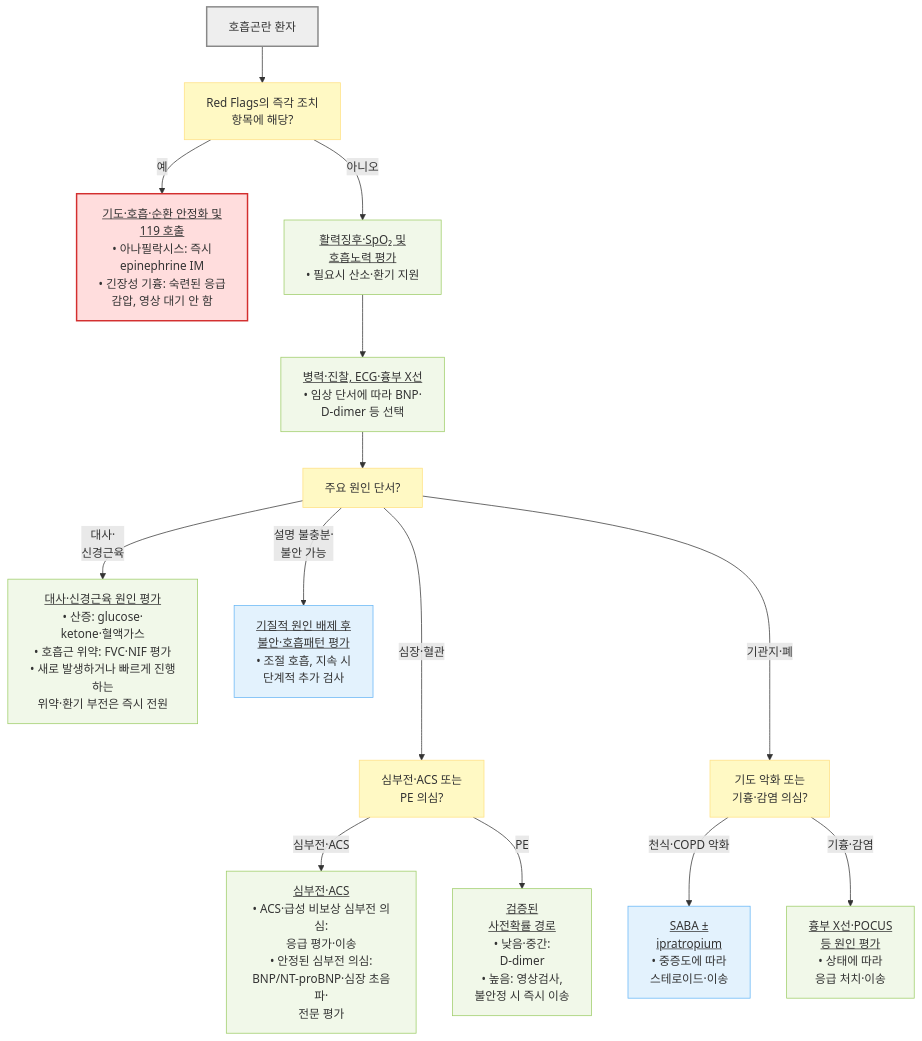
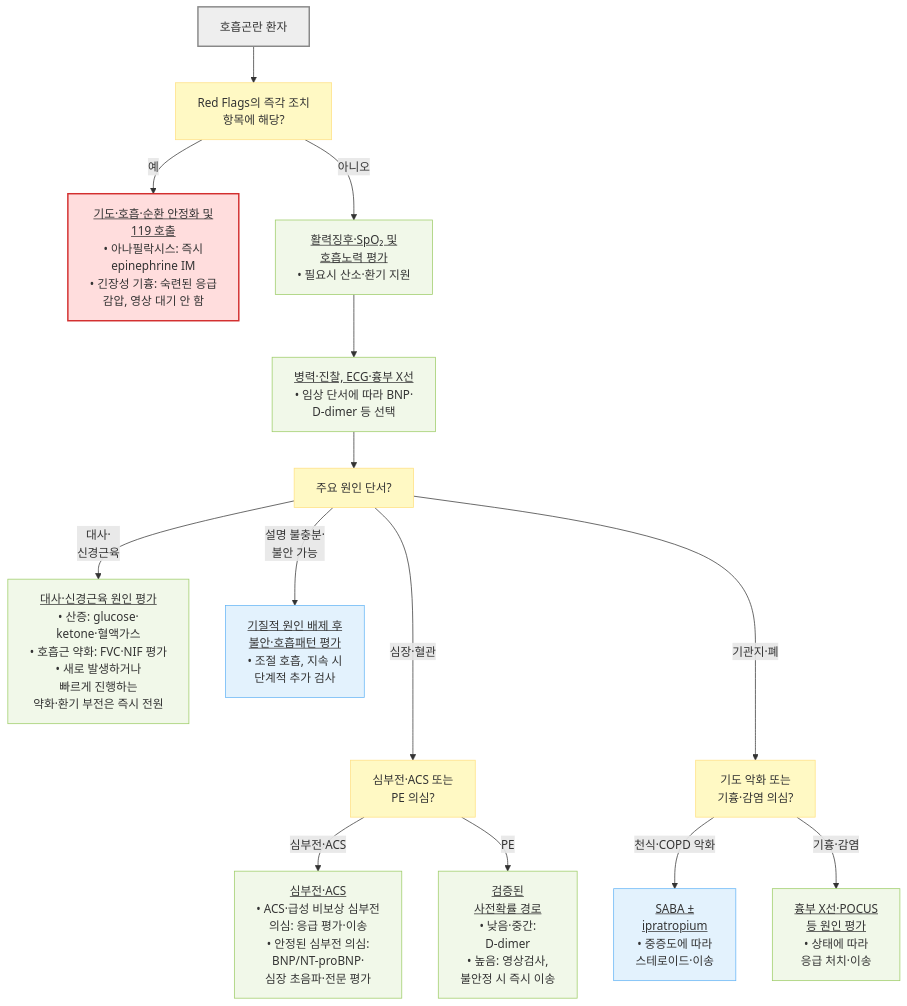
Before and after one commit to familyoh77/familyoh77: the diagram in 220_/007_-dyspnea.md, drawn with Mermaid. The commit also changed 1 other file, not shown here.

Commit message:
GITBOOK-2071: No subject

````diff
--- a/220_/007_-dyspnea.md
+++ b/220_/007_-dyspnea.md
@@ -349,26 +349,26 @@
 ```mermaid
 flowchart TD
     A["호흡곤란 환자"] --> B["Red Flags의 즉각 조치 <br/>항목에 해당?"]
     B -- "예" --> C["<u>기도·호흡·순환 안정화 및 <br/>119 호출</u><br/>• 아나필락시스: 즉시 <br/>epinephrine IM<br/>• 긴장성 기흉: 숙련된 응급 <br/>감압, 영상 대기 안 함"]
     B -- "아니오" --> D["<u>활력징후·SpO₂ 및 <br/>호흡노력 평가</u><br/>• 필요시 산소·환기 지원"]
     D --> F["<u>병력·진찰, ECG·흉부 X선</u><br/>• 임상 단서에 따라 BNP·<br/>D-dimer 등 선택"]
     F --> G["주요 원인 단서?"]
     G -- "심장·혈관" ---> H["심부전·ACS 또는 <br/>PE 의심?"]
-    H -- "심부전·ACS" --> H2["<u>심부전·ACS</u><br/>• ACS·급성 비보상 심부전 의심:<br/>응급 평가·이송<br/>• 안정된 심부전 의심:<br/>BNP/NT-proBNP·심장 초음파·<br/>전문 평가"]
+    H -- "심부전·ACS" --> H2["<u>심부전·ACS</u><br/>• ACS·급성 비보상 심부전 <br/>의심: 응급 평가·이송<br/>• 안정된 심부전 의심:<br/>BNP/NT-proBNP·<br/>심장 초음파·전문 평가"]
     H -- "PE" --> J["<u>검증된 <br/>사전확률 경로</u><br/>• 낮음·중간: <br/>D-dimer<br/>• 높음: 영상검사, <br/>불안정 시 즉시 이송"]
     G -- "기관지·폐" ---> I["기도 악화 또는 <br/>기흉·감염 의심?"]
     I -- "천식·COPD 악화" --> I2["<u>SABA ± <br/>ipratropium</u><br/>• 중증도에 따라 <br/>스테로이드·이송"]
     I -- "기흉·감염" --> N["<u>흉부 X선·POCUS <br/>등 원인 평가</u><br/>• 상태에 따라 <br/>응급 처치·이송"]
-    G -- "대사·<br/>신경근육" --> K["<u>대사·신경근육 원인 평가</u><br/>• 산증: glucose·<br/>ketone·혈액가스<br/>• 호흡근 위약: FVC·NIF 평가<br/>• 새로 발생하거나 빠르게 진행하는<br/>위약·환기 부전은 즉시 전원"]
+    G -- "대사·<br/>신경근육" --> K["<u>대사·신경근육 원인 평가</u><br/>• 산증: glucose·<br/>ketone·혈액가스<br/>• 호흡근 약화: FVC·NIF 평가<br/>• 새로 발생하거나 <br/>빠르게 진행하는 <br/>약화·환기 부전은 즉시 전원"]
     G -- "설명 불충분·<br/>불안 가능" --> L["<u>기질적 원인 배제 후 <br/>불안·호흡패턴 평가</u><br/>• 조절 호흡, 지속 시 <br/>단계적 추가 검사"]
     classDef start fill:#eeeeee,stroke:#888888,stroke-width:2px
     classDef question fill:#fff9c4,stroke:#ffe082
     classDef emergency fill:#ffdddd,stroke:#d32f2f,stroke-width:2px
     classDef evaluation fill:#f1f8e9,stroke:#9ccc65
     classDef treatment fill:#e3f2fd,stroke:#64b5f6
     class A start
     class B,G,H,I question
     class C emergency
     class D,F,J,N,H2,K evaluation
     class I2,L treatment
 ```
````
